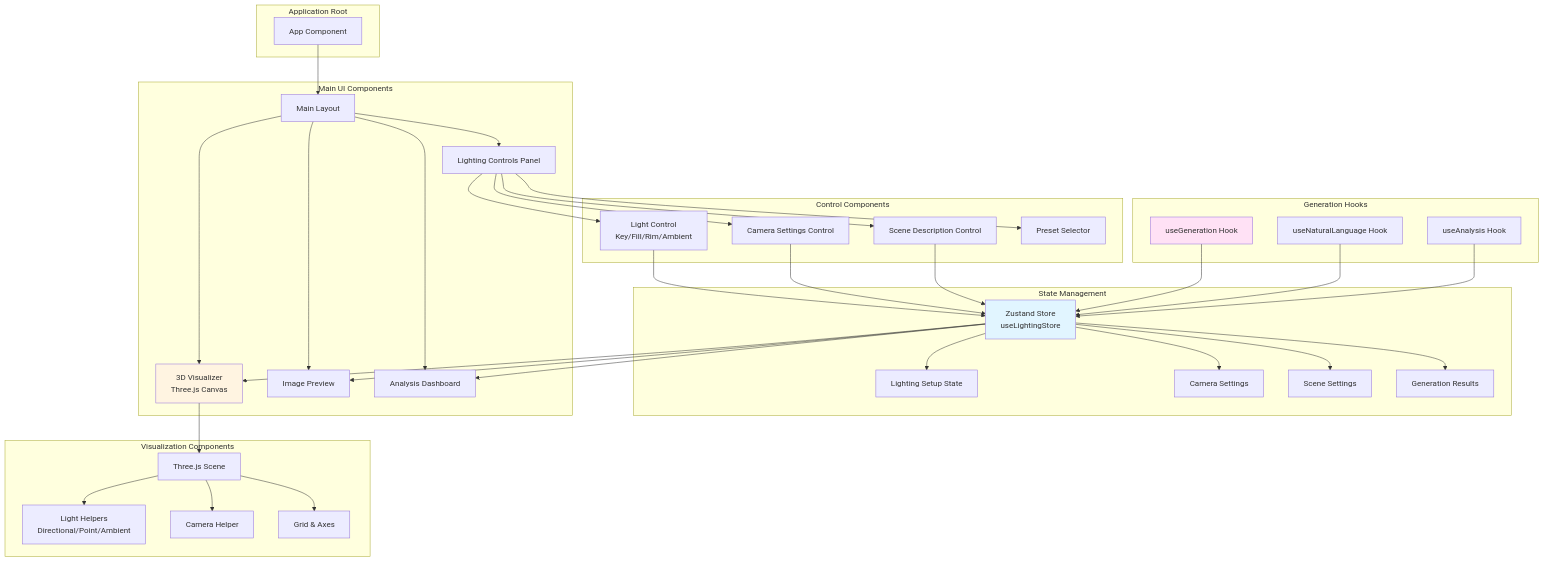
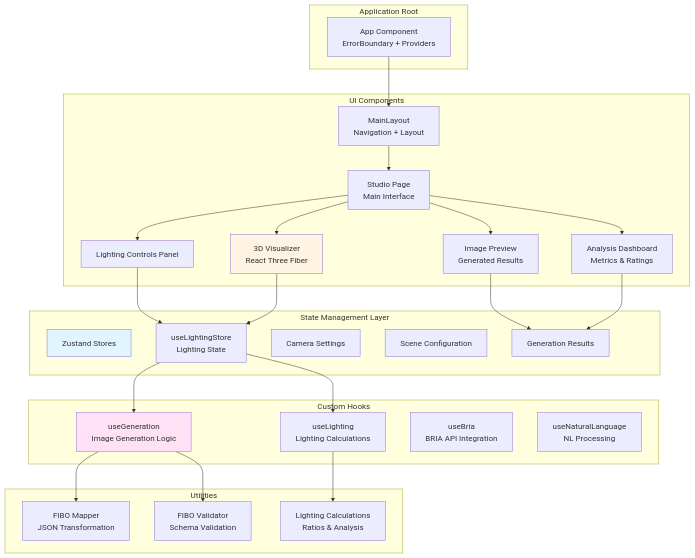
One commit to lucylow/prolight-ai-fibo changed the fourth of 5 diagrams in README.md. Above: the diagram before and after it, drawn with Mermaid. The commit also changed other lines of this file and 41 other files, not shown here.

````diff
--- a/README.md
+++ b/README.md
@@ -399,74 +709,59 @@
 ```mermaid
 graph TB
     subgraph "Application Root"
-        App[App Component]
+        App[App Component<br/>ErrorBoundary + Providers]
     end
     
-    subgraph "State Management"
-        Store[Zustand Store<br/>useLightingStore]
-        Store --> LightingState[Lighting Setup State]
-        Store --> CameraState[Camera Settings]
-        Store --> SceneState[Scene Settings]
-        Store --> GenerationState[Generation Results]
+    subgraph "State Management Layer"
+        Zustand[Zustand Stores]
+        LightingStore[useLightingStore<br/>Lighting State]
+        CameraStore[Camera Settings]
+        SceneStore[Scene Configuration]
+        GenerationStore[Generation Results]
     end
     
-    subgraph "Main UI Components"
-        Layout[Main Layout]
-        Controls[Lighting Controls Panel]
-        Visualizer[3D Visualizer<br/>Three.js Canvas]
-        Preview[Image Preview]
-        Analysis[Analysis Dashboard]
+    subgraph "UI Components"
+        MainLayout[MainLayout<br/>Navigation + Layout]
+        StudioPage[Studio Page<br/>Main Interface]
+        ControlsPanel[Lighting Controls Panel]
+        Visualizer3D[3D Visualizer<br/>React Three Fiber]
+        ImagePreview[Image Preview<br/>Generated Results]
+        AnalysisDash[Analysis Dashboard<br/>Metrics & Ratings]
     end
     
-    subgraph "Control Components"
-        LightControl[Light Control<br/>Key/Fill/Rim/Ambient]
-        CameraControl[Camera Settings Control]
-        SceneControl[Scene Description Control]
-        PresetSelector[Preset Selector]
+    subgraph "Custom Hooks"
+        useGeneration[useGeneration<br/>Image Generation Logic]
+        useLighting[useLighting<br/>Lighting Calculations]
+        useBria[useBria<br/>BRIA API Integration]
+        useNaturalLanguage[useNaturalLanguage<br/>NL Processing]
     end
     
-    subgraph "Visualization Components"
-        ThreeScene[Three.js Scene]
-        LightHelpers[Light Helpers<br/>Directional/Point/Ambient]
-        CameraHelper[Camera Helper]
-        GridHelper[Grid & Axes]
+    subgraph "Utilities"
+        FIBOMapper[FIBO Mapper<br/>JSON Transformation]
+        FIBOValidator[FIBO Validator<br/>Schema Validation]
+        LightingCalc[Lighting Calculations<br/>Ratios & Analysis]
     end
     
-    subgraph "Generation Hooks"
-        useGeneration[useGeneration Hook]
-        useNaturalLanguage[useNaturalLanguage Hook]
-        useAnalysis[useAnalysis Hook]
-    end
+    App --> MainLayout
+    MainLayout --> StudioPage
+    StudioPage --> ControlsPanel
+    StudioPage --> Visualizer3D
+    StudioPage --> ImagePreview
+    StudioPage --> AnalysisDash
     
-    App --> Layout
-    Layout --> Controls
-    Layout --> Visualizer
-    Layout --> Preview
-    Layout --> Analysis
+    ControlsPanel --> LightingStore
+    Visualizer3D --> LightingStore
+    ImagePreview --> GenerationStore
+    AnalysisDash --> GenerationStore
     
-    Controls --> LightControl
-    Controls --> CameraControl
-    Controls --> SceneControl
-    Controls --> PresetSelector
+    useGeneration --> FIBOMapper
+    useGeneration --> FIBOValidator
+    useLighting --> LightingCalc
     
-    Visualizer --> ThreeScene
-    ThreeScene --> LightHelpers
-    ThreeScene --> CameraHelper
-    ThreeScene --> GridHelper
+    LightingStore --> useGeneration
+    LightingStore --> useLighting
     
-    LightControl --> Store
-    CameraControl --> Store
-    SceneControl --> Store
-    
-    useGeneration --> Store
-    useNaturalLanguage --> Store
-    useAnalysis --> Store
-    
-    Store --> Visualizer
-    Store --> Preview
-    Store --> Analysis
-    
-    style Store fill:#e1f5ff
-    style Visualizer fill:#fff4e1
+    style Zustand fill:#e1f5ff
+    style Visualizer3D fill:#fff4e1
     style useGeneration fill:#ffe1f5
 ```
````
